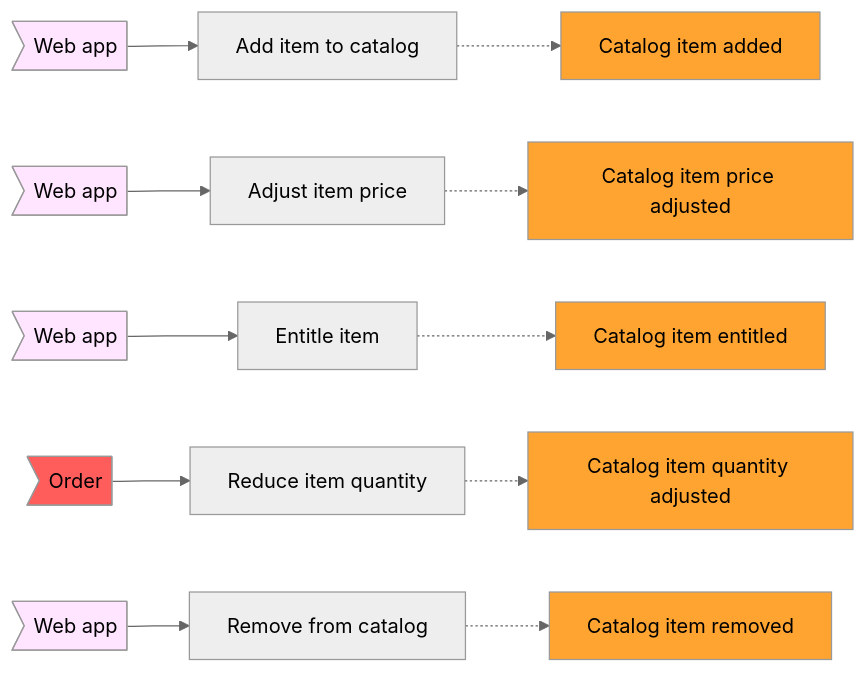
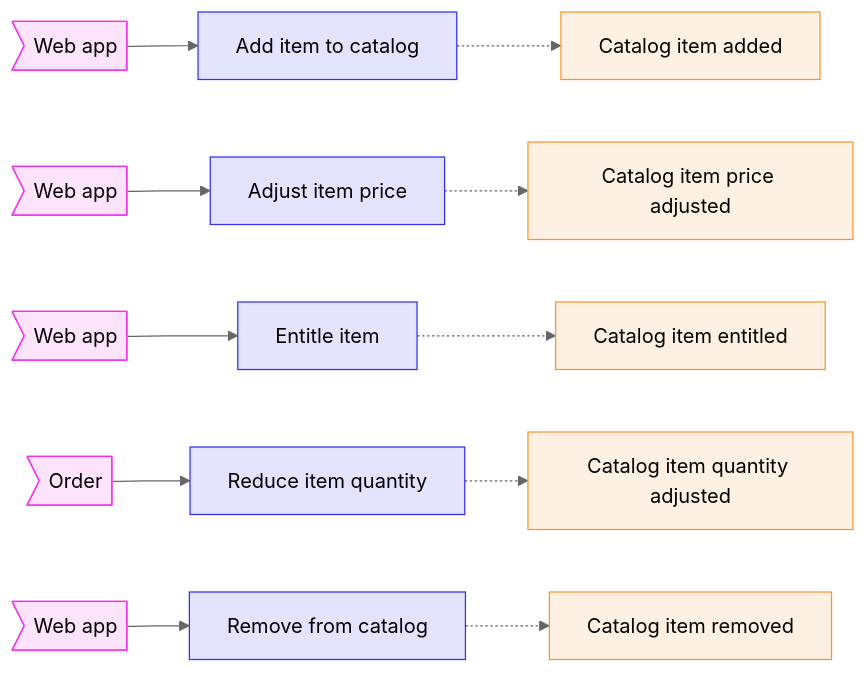
One commit to pierregillon/BoundedContextCanvasGenerator changed the second of 2 diagrams in src/SolutionExample/Example/bounded_context_canvas.md. Above: the diagram before and after it, drawn with Mermaid (neutral theme). The commit also changed other lines of this file and 9 other files, not shown here.

````diff
--- a/src/SolutionExample/Example/bounded_context_canvas.md
+++ b/src/SolutionExample/Example/bounded_context_canvas.md
@@ -63,41 +66,47 @@
 ```mermaid
 flowchart LR
-    classDef frontCollaborators fill:#FFE5FF;
-    classDef domainEvents fill:#FFA431;
-    classDef boundedContextCollaborators fill:#FF5C5C;
+    classDef commands fill:#352ef722, stroke:#352ef7;
+    classDef frontCollaborators fill:#f72ef022, stroke:#f72ef0;
+    classDef domainEvents fill:#f7962e22, stroke:#f7962e;
+    classDef boundedContextCollaborators fill:#f72ef022, stroke:#f72ef0;
     CatalogApplicationItemsAddItemToCatalogCommand["Add item to catalog"]
+    class CatalogApplicationItemsAddItemToCatalogCommand commands;
     CatalogApplicationItemsAddItemToCatalogCommandWebAppCollaborator>"Web app"]
     class CatalogApplicationItemsAddItemToCatalogCommandWebAppCollaborator frontCollaborators;
     CatalogDomainItemsEventsCatalogItemAdded["Catalog item added"]
     class CatalogDomainItemsEventsCatalogItemAdded domainEvents;
     CatalogApplicationItemsAdjustItemPriceCommand["Adjust item price"]
+    class CatalogApplicationItemsAdjustItemPriceCommand commands;
     CatalogApplicationItemsAdjustItemPriceCommandWebAppCollaborator>"Web app"]
     class CatalogApplicationItemsAdjustItemPriceCommandWebAppCollaborator frontCollaborators;
     CatalogDomainItemsEventsCatalogItemPriceAdjusted["Catalog item price adjusted"]
     class CatalogDomainItemsEventsCatalogItemPriceAdjusted domainEvents;
     CatalogApplicationItemsEntitleItemCommand["Entitle item"]
+    class CatalogApplicationItemsEntitleItemCommand commands;
     CatalogApplicationItemsEntitleItemCommandWebAppCollaborator>"Web app"]
     class CatalogApplicationItemsEntitleItemCommandWebAppCollaborator frontCollaborators;
     CatalogDomainItemsEventsCatalogItemEntitled["Catalog item entitled"]
     class CatalogDomainItemsEventsCatalogItemEntitled domainEvents;
     CatalogApplicationItemsReduceItemQuantityCommand["Reduce item quantity"]
+    class CatalogApplicationItemsReduceItemQuantityCommand commands;
     CatalogApplicationItemsReduceItemQuantityCommandOrderCollaborator>"Order"]
     class CatalogApplicationItemsReduceItemQuantityCommandOrderCollaborator boundedContextCollaborators;
     CatalogDomainItemsEventsCatalogItemQuantityAdjusted["Catalog item quantity adjusted"]
     class CatalogDomainItemsEventsCatalogItemQuantityAdjusted domainEvents;
     CatalogApplicationItemsRemoveFromCatalogCommand["Remove from catalog"]
+    class CatalogApplicationItemsRemoveFromCatalogCommand commands;
     CatalogApplicationItemsRemoveFromCatalogCommandWebAppCollaborator>"Web app"]
     class CatalogApplicationItemsRemoveFromCatalogCommandWebAppCollaborator frontCollaborators;
     CatalogDomainItemsEventsCatalogItemRemoved["Catalog item removed"]
     class CatalogDomainItemsEventsCatalogItemRemoved domainEvents;
     CatalogApplicationItemsAddItemToCatalogCommandWebAppCollaborator --> CatalogApplicationItemsAddItemToCatalogCommand
     CatalogApplicationItemsAddItemToCatalogCommand -.-> CatalogDomainItemsEventsCatalogItemAdded
     CatalogApplicationItemsAdjustItemPriceCommandWebAppCollaborator --> CatalogApplicationItemsAdjustItemPriceCommand
     CatalogApplicationItemsAdjustItemPriceCommand -.-> CatalogDomainItemsEventsCatalogItemPriceAdjusted
     CatalogApplicationItemsEntitleItemCommandWebAppCollaborator --> CatalogApplicationItemsEntitleItemCommand
     CatalogApplicationItemsEntitleItemCommand -.-> CatalogDomainItemsEventsCatalogItemEntitled
     CatalogApplicationItemsReduceItemQuantityCommandOrderCollaborator --> CatalogApplicationItemsReduceItemQuantityCommand
     CatalogApplicationItemsReduceItemQuantityCommand -.-> CatalogDomainItemsEventsCatalogItemQuantityAdjusted
     CatalogApplicationItemsRemoveFromCatalogCommandWebAppCollaborator --> CatalogApplicationItemsRemoveFromCatalogCommand
     CatalogApplicationItemsRemoveFromCatalogCommand -.-> CatalogDomainItemsEventsCatalogItemRemoved
 ```
````
